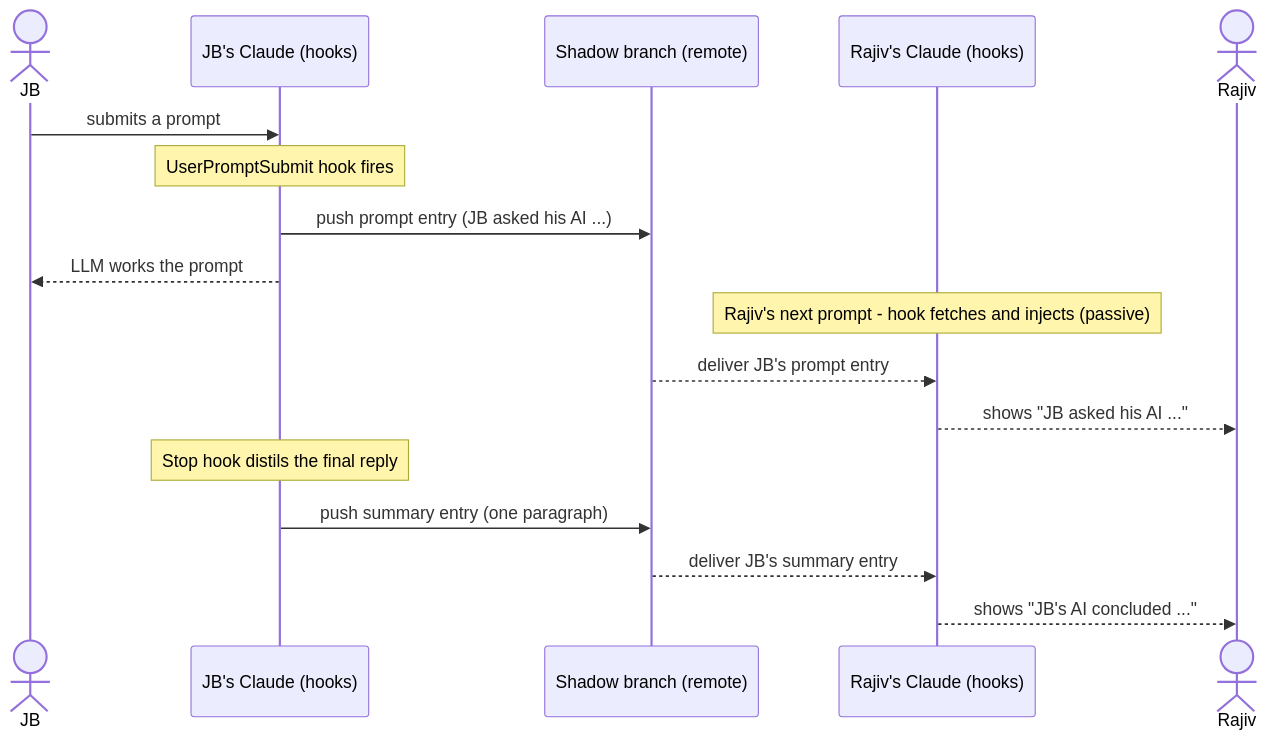
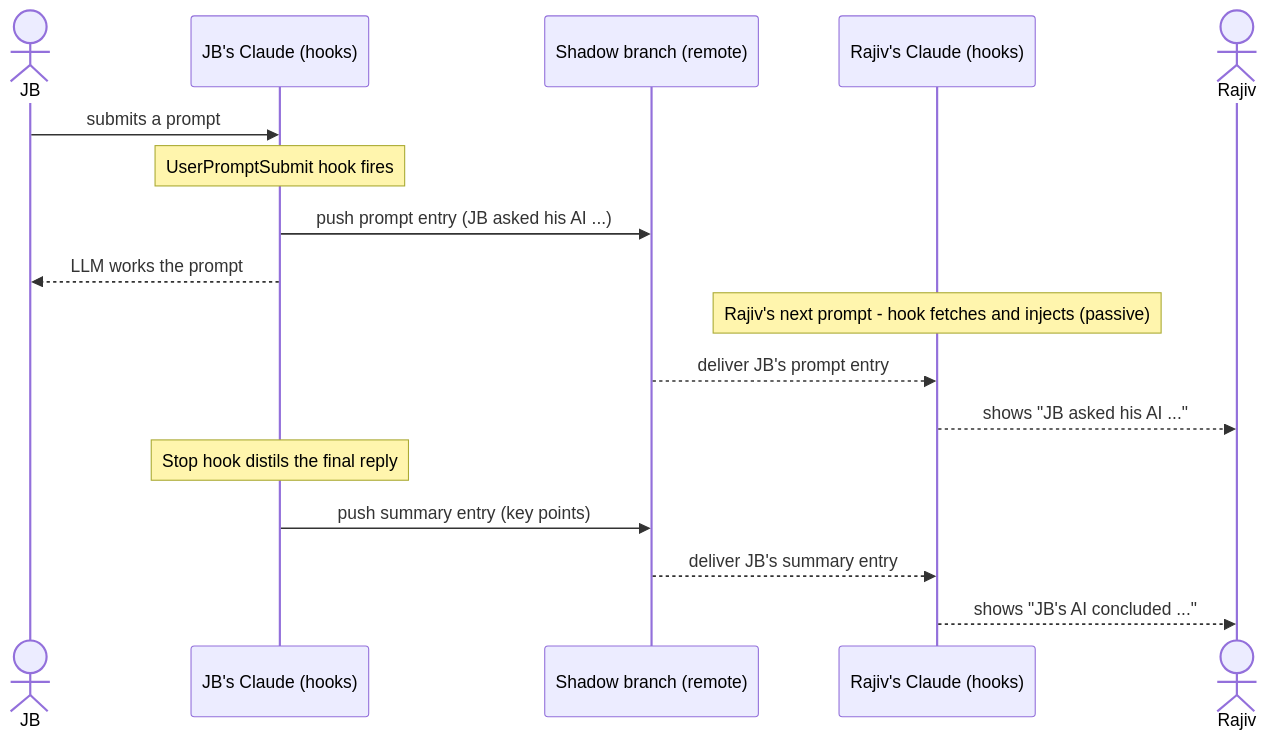
One commit to JBJamesBrownJB/clair changed the first of 3 diagrams in docs/features/doing/0001-shared-pair-brain.md. Above: the diagram before and after it, drawn with Mermaid. The commit also changed other lines of this file and 14 other files, not shown here.

````diff
--- a/docs/features/doing/0001-shared-pair-brain.md
+++ b/docs/features/doing/0001-shared-pair-brain.md
@@ -106,20 +106,20 @@
 ```mermaid
 sequenceDiagram
     actor JB
     participant JBC as JB's Claude (hooks)
     participant G as Shadow branch (remote)
     participant RC as Rajiv's Claude (hooks)
     actor Rajiv
 
     JB->>JBC: submits a prompt
     Note over JBC: UserPromptSubmit hook fires
     JBC->>G: push prompt entry (JB asked his AI ...)
     JBC-->>JB: LLM works the prompt
     Note over RC: Rajiv's next prompt - hook fetches and injects (passive)
     G-->>RC: deliver JB's prompt entry
     RC-->>Rajiv: shows "JB asked his AI ..."
     Note over JBC: Stop hook distils the final reply
-    JBC->>G: push summary entry (one paragraph)
+    JBC->>G: push summary entry (key points)
     G-->>RC: deliver JB's summary entry
     RC-->>Rajiv: shows "JB's AI concluded ..."
 ```
````
